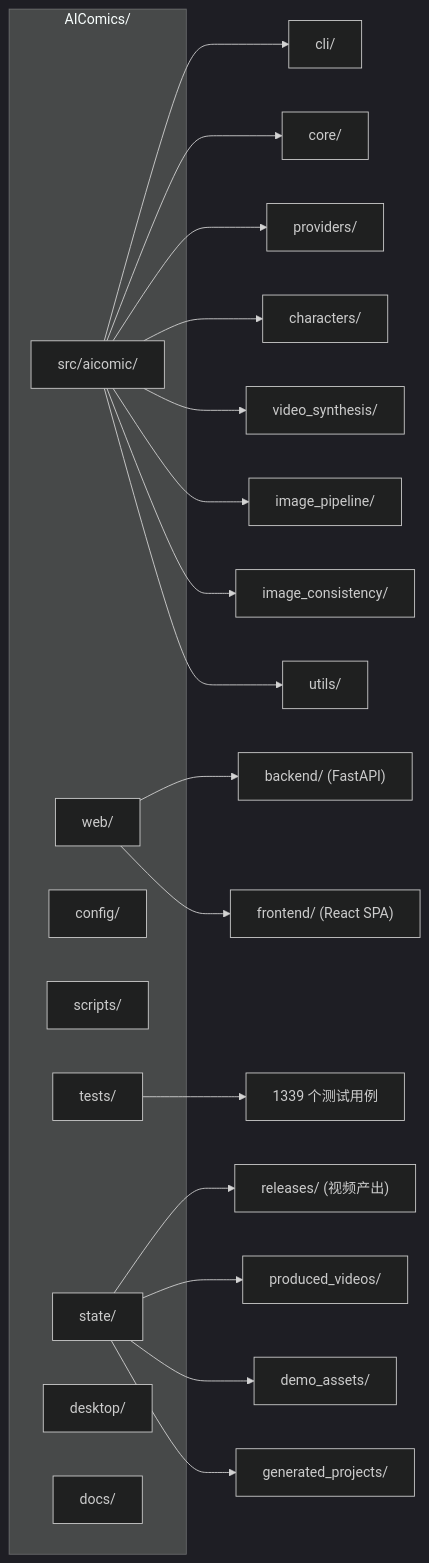
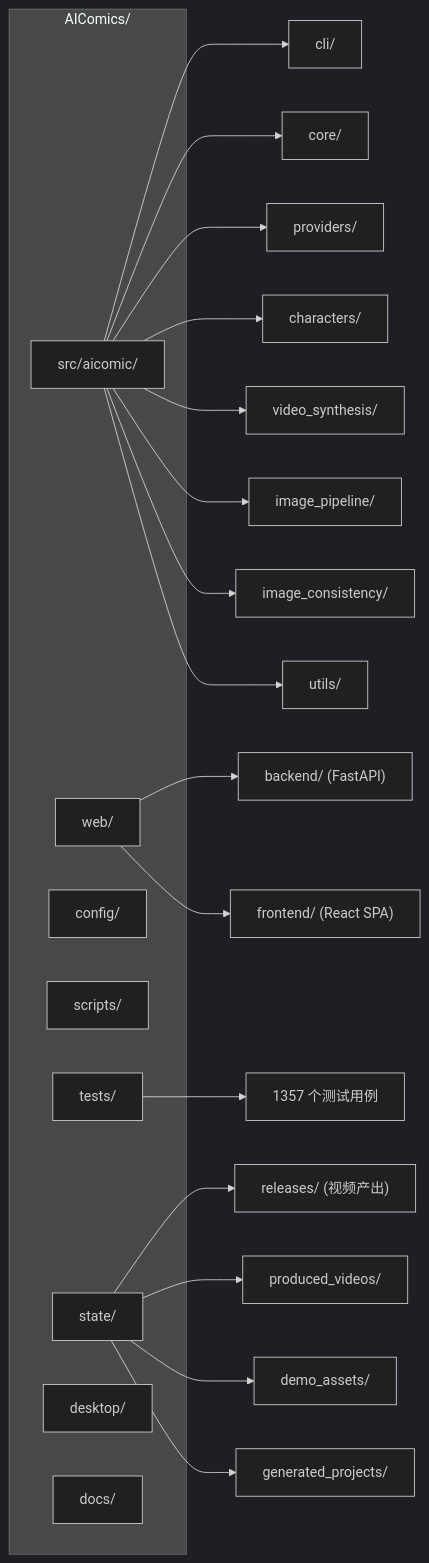
The fourth of 4 diagrams in README.md (chfr19820610-cell/AIComics), drawn with Mermaid (dark theme) before and after one commit. The commit also changed other lines of this file and 7 other files, not shown here.

````diff
--- a/README.md
+++ b/README.md
@@ -582,32 +582,32 @@
 ```mermaid
 graph LR
     subgraph Root["AIComics/"]
         SRC["src/aicomic/"]
         WEB["web/"]
         CFG["config/"]
         SCR["scripts/"]
         TST["tests/"]
         ST["state/"]
         DSK["desktop/"]
         DOCS["docs/"]
     end
 
     SRC --> CLI["cli/"]
     SRC --> CORE["core/"]
     SRC --> PROV2["providers/"]
     SRC --> CHAR2["characters/"]
     SRC --> VS["video_synthesis/"]
     SRC --> IMG2["image_pipeline/"]
     SRC --> IC["image_consistency/"]
     SRC --> UTL["utils/"]
 
     WEB --> BE["backend/ (FastAPI)"]
     WEB --> FE["frontend/ (React SPA)"]
 
-    TST --> T1339["1339 个测试用例"]
+    TST --> T1357["1357 个测试用例"]
 
     ST --> REL["releases/ (视频产出)"]
     ST --> PV["produced_videos/"]
     ST --> DA["demo_assets/"]
     ST --> GP["generated_projects/"]
 ```
````
